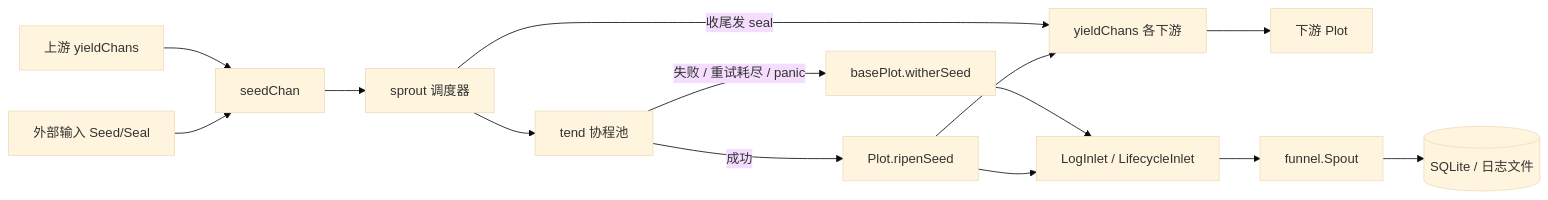
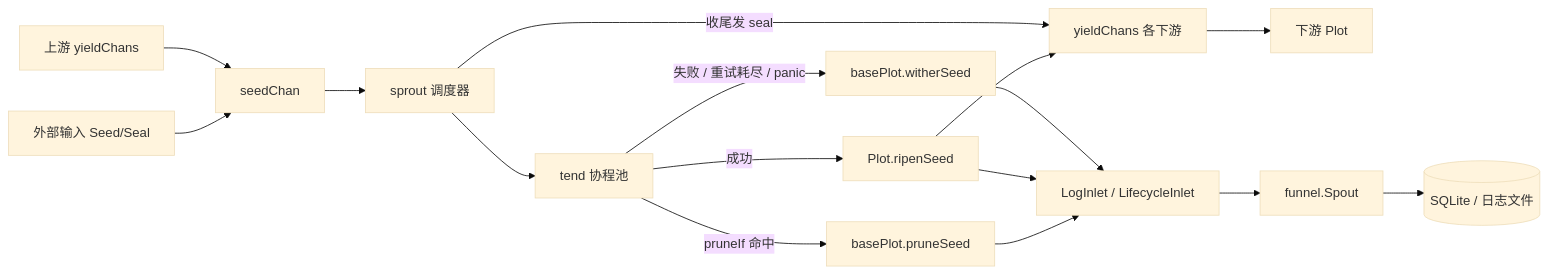
Before and after one commit to Mr-xiaotian/CelestialGrow: the diagram in docs/zh-CN/pkg/plot/plot.md, drawn with Mermaid (base theme). The commit also changed other lines of this file and 12 other files, not shown here.

````diff
--- a/docs/zh-CN/pkg/plot/plot.md
+++ b/docs/zh-CN/pkg/plot/plot.md
@@ -79,16 +79,18 @@
 ```mermaid
 flowchart LR
     Ext[外部输入 Seed/Seal] --> SC[seedChan]
     UP[上游 yieldChans] --> SC
     SC --> SP[sprout 调度器]
     SP --> T[tend 协程池]
+    T -->|pruneIf 命中| PR[basePlot.pruneSeed]
     T -->|成功| R[Plot.ripenSeed]
     T -->|失败 / 重试耗尽 / panic| W[basePlot.witherSeed]
     R --> FC[yieldChans 各下游]
+    PR --> LI
     R --> LI[LogInlet / LifecycleInlet]
     W --> LI
     SP -->|收尾发 seal| FC
     FC --> DP[下游 Plot]
     LI --> FUN[funnel.Spout]
     FUN --> DB[(SQLite / 日志文件)]
 ```
````
